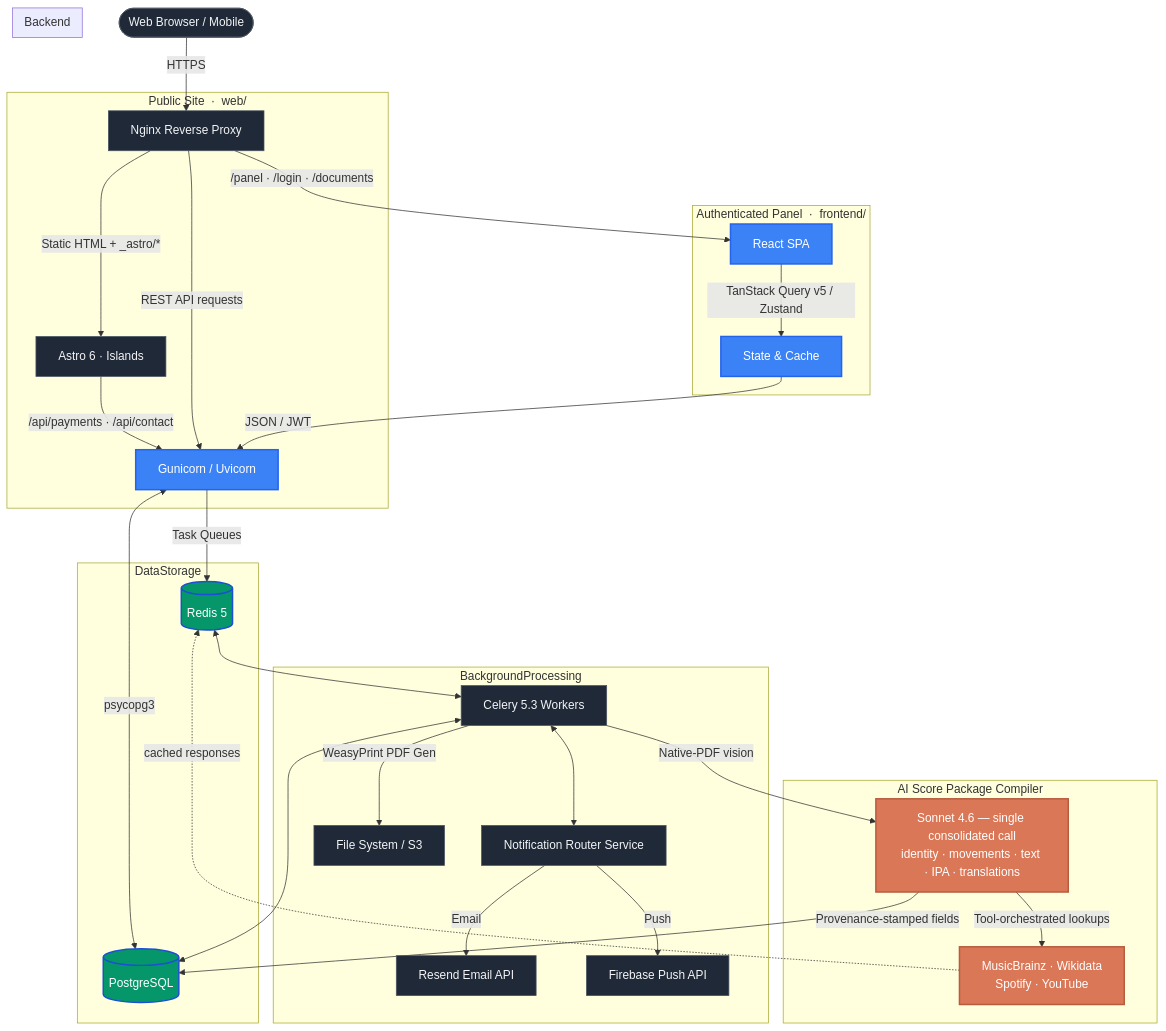
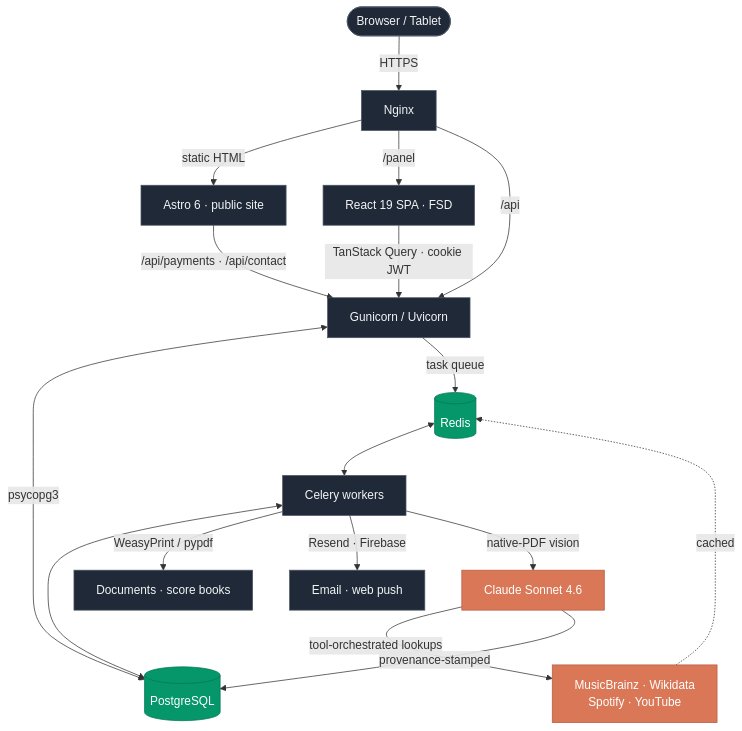
The diagram in README.md (bedikryst/VoctManager), drawn with Mermaid before and after one commit. The commit also changed other lines of this file, not shown here.

````diff
--- a/README.md
+++ b/README.md
@@ -27,49 +154,30 @@
 ```mermaid
 graph TD
-    Client([Web Browser / Mobile]) -->|HTTPS| Nginx[Nginx Reverse Proxy]
+    Client([Browser / Tablet]) -->|HTTPS| Nginx[Nginx]
 
-    subgraph PublicWeb [Public Site &nbsp;·&nbsp; web/]
-        Nginx -->|Static HTML + _astro/*| Astro[Astro 6 · Islands]
-        Astro -->|/api/payments · /api/contact| Gunicorn
-    end
+    Nginx -->|static HTML| Astro[Astro 6 · public site]
+    Nginx -->|/panel| React[React 19 SPA · FSD]
+    Nginx -->|/api| Gunicorn[Gunicorn / Uvicorn]
 
-    subgraph Panel [Authenticated Panel &nbsp;·&nbsp; frontend/]
-        Nginx -->|/panel · /login · /documents| React[React SPA]
-        React -->|TanStack Query v5 / Zustand| StateManager[State & Cache]
-    end
+    Astro -->|/api/payments · /api/contact| Gunicorn
+    React -->|TanStack Query · cookie JWT| Gunicorn
 
-    subgraph Backend
-        Nginx -->|REST API requests| Gunicorn[Gunicorn / Uvicorn]
-        StateManager -->|JSON / JWT| Gunicorn
-    end
+    Gunicorn <-->|psycopg3| DB[(PostgreSQL)]
+    Gunicorn -->|task queue| Redis[(Redis)]
 
-    subgraph DataStorage
-        Gunicorn <-->|psycopg3| DB[(PostgreSQL)]
-        Gunicorn -->|Task Queues| Redis[(Redis 5)]
-    end
+    Redis <--> Celery[Celery workers]
+    Celery <--> DB
+    Celery -->|WeasyPrint / pypdf| Files[Documents · score books]
+    Celery -->|Resend · Firebase| Notify[Email · web push]
 
-    subgraph BackgroundProcessing
-        Redis <--> Celery[Celery 5.3 Workers]
-        Celery <--> NotificationService[Notification Router Service]
-        NotificationService -->|Email| Resend[Resend Email API]
-        NotificationService -->|Push| Firebase[Firebase Push API]
-        Celery <--> DB
-        Celery -->|WeasyPrint PDF Gen| Ext[File System / S3]
-    end
+    Celery -->|native-PDF vision| Claude[Claude Sonnet 4.6]
+    Claude -->|tool-orchestrated lookups| Ext[MusicBrainz · Wikidata<br/>Spotify · YouTube]
+    Ext -.->|cached| Redis
+    Claude -->|provenance-stamped| DB
 
-    subgraph AIScoreCompiler[AI Score Package Compiler]
-        Celery -->|Native-PDF vision| Claude["Sonnet 4.6 — single consolidated call<br/>identity · movements · text · IPA · translations"]
-        Claude -->|Tool-orchestrated lookups| ExtMeta["MusicBrainz · Wikidata<br/>Spotify · YouTube"]
-        ExtMeta -.->|cached responses| Redis
-        Claude -->|Provenance-stamped fields| DB
-    end
-
-    classDef default fill:#1f2937,stroke:#4b5563,stroke-width:1px,color:#f3f4f6;
-    classDef highlight fill:#3b82f6,stroke:#2563eb,stroke-width:2px,color:#ffffff;
-    classDef db fill:#059669,stroke:#1d4ed8,stroke-width:2px,color:#ffffff;
-    classDef ai fill:#D97757,stroke:#b85c3e,stroke-width:2px,color:#ffffff;
-
-    class React,StateManager,Gunicorn highlight;
+    classDef default fill:#1f2937,stroke:#4b5563,color:#f3f4f6;
+    classDef db fill:#059669,stroke:#047857,color:#ffffff;
+    classDef ai fill:#D97757,stroke:#b85c3e,color:#ffffff;
     class DB,Redis db;
-    class Claude,ExtMeta ai;
+    class Claude,Ext ai;
 ```
````
